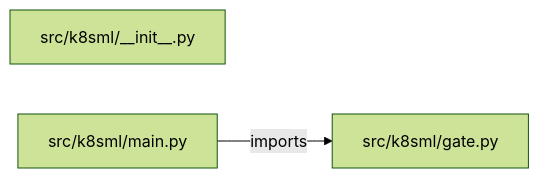
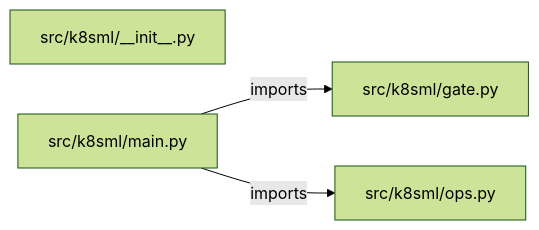
The diagram in PROJECT_ARCHITECTURE.md (iarsingh/kubernetes-ml-model-serving-platform), drawn with Mermaid (forest theme) before and after one commit. The commit also changed other lines of this file and 2 other files, not shown here.

Commit message:
Refresh architecture and interview guides from current implementation

````diff
--- a/PROJECT_ARCHITECTURE.md
+++ b/PROJECT_ARCHITECTURE.md
@@ -13,7 +13,9 @@
 ```mermaid
 flowchart LR
     M0["src/k8sml/__init__.py"]
     M1["src/k8sml/gate.py"]
     M2["src/k8sml/main.py"]
+    M3["src/k8sml/ops.py"]
     M2 -->|imports| M1
+    M2 -->|imports| M3
 ```
````
